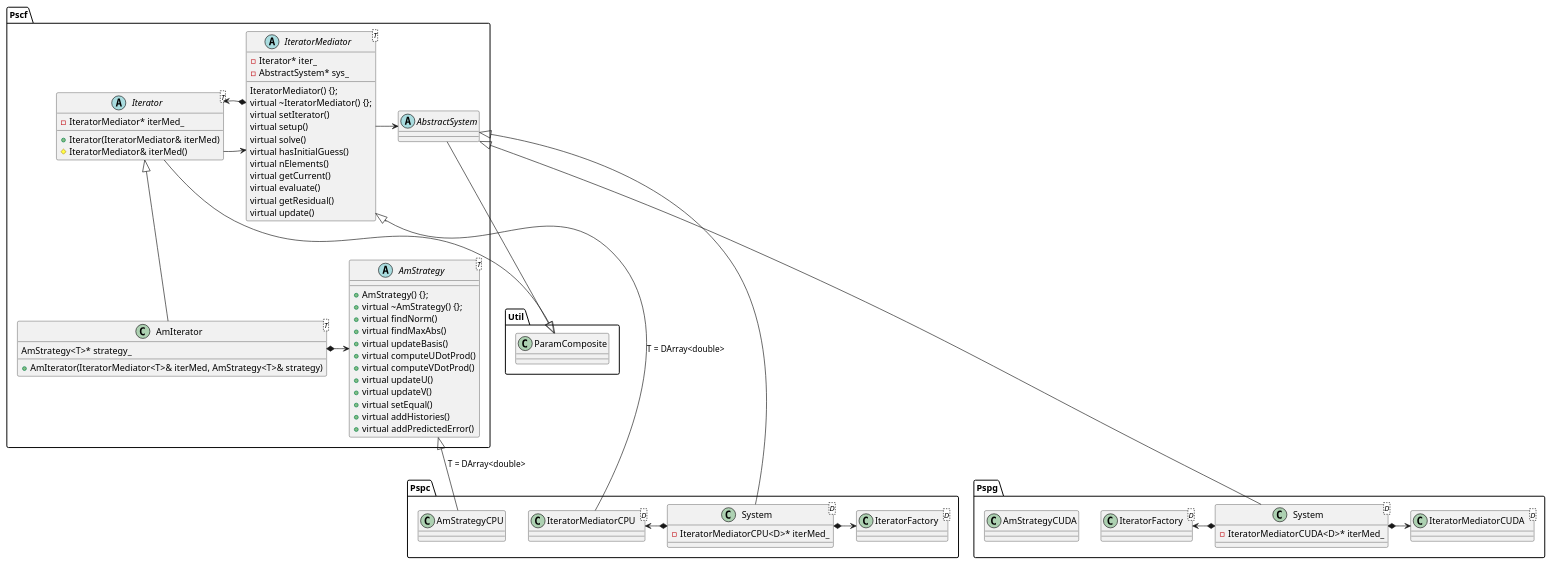
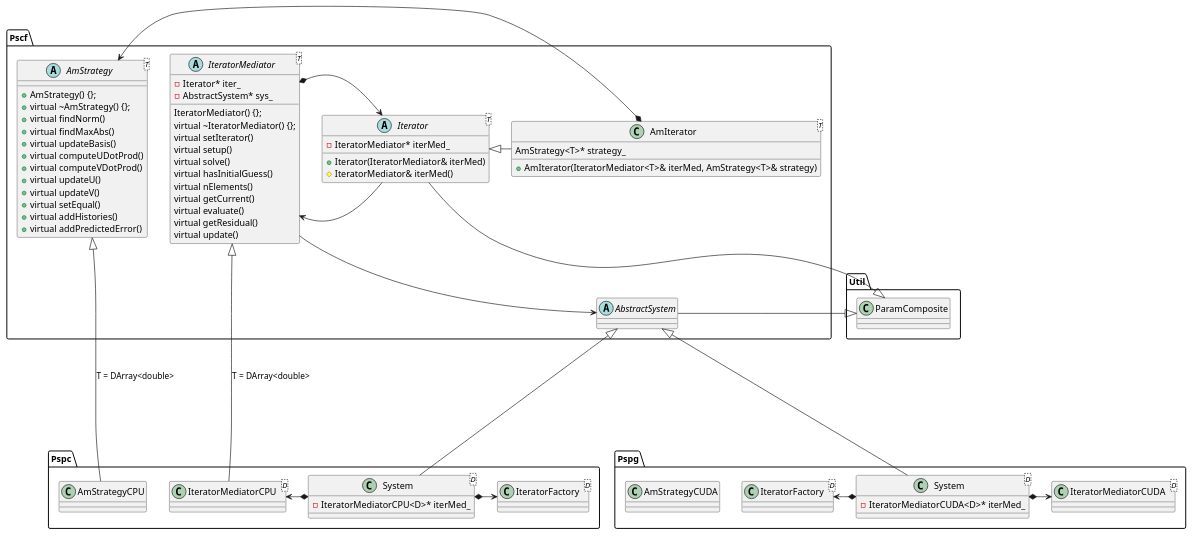
Before and after one commit to dmorse/pscfpp: the diagram in src/draft/diagrams/AmIterator_new.wsd, drawn with PlantUML.

Commit message:
Updating diagrams.

```diff
--- a/src/draft/diagrams/AmIterator_new.wsd
+++ b/src/draft/diagrams/AmIterator_new.wsd
@@ -1,91 +1,93 @@
 @startuml
 
 namespace Pscf {
    abstract class AbstractSystem
    abstract class Iterator<T>
    class AmIterator<T>
    abstract class IteratorMediator<T>
    abstract class AmStrategy<T>
 }
 
 namespace Pspc {
    class System<D>
    class IteratorFactory<D>
    class AmStrategyCPU
    class IteratorMediatorCPU<D>
 }
 
 namespace Pspg {
    class System<D>
    class IteratorFactory<D>
    class AmStrategyCUDA
    class IteratorMediatorCUDA<D>
 }
 
 Pscf.AmStrategy : + AmStrategy() {};
 Pscf.AmStrategy : + virtual ~AmStrategy() {};       
 Pscf.AmStrategy : + virtual findNorm()
 Pscf.AmStrategy : + virtual findMaxAbs()
 Pscf.AmStrategy : + virtual updateBasis()
 Pscf.AmStrategy : + virtual computeUDotProd()
 Pscf.AmStrategy : + virtual computeVDotProd()
 Pscf.AmStrategy : + virtual updateU()
 Pscf.AmStrategy : + virtual updateV()
 Pscf.AmStrategy : + virtual setEqual()
 Pscf.AmStrategy : + virtual addHistories()
 Pscf.AmStrategy : + virtual addPredictedError()
 
 Pscf.IteratorMediator : IteratorMediator() {};
 Pscf.IteratorMediator : virtual ~IteratorMediator() {}; 
 Pscf.IteratorMediator : virtual setIterator()
 Pscf.IteratorMediator : virtual setup()
 Pscf.IteratorMediator : virtual solve()
 Pscf.IteratorMediator : virtual hasInitialGuess() 
 Pscf.IteratorMediator : virtual nElements()
 Pscf.IteratorMediator : virtual getCurrent()
 Pscf.IteratorMediator : virtual evaluate()
 Pscf.IteratorMediator : virtual getResidual()
 Pscf.IteratorMediator : virtual update()
 
 Pscf.IteratorMediator : - Iterator* iter_
 Pscf.IteratorMediator : - AbstractSystem* sys_
 
 Pspc.System : - IteratorMediatorCPU<D>* iterMed_
 Pspg.System : - IteratorMediatorCUDA<D>* iterMed_
 
 
+
+
 Pscf.Iterator : + Iterator(IteratorMediator& iterMed)
 Pscf.Iterator : # IteratorMediator& iterMed()
 Pscf.Iterator : - IteratorMediator* iterMed_
 
 Pscf.AmIterator : + AmIterator(IteratorMediator<T>& iterMed, AmStrategy<T>& strategy)
 Pscf.AmIterator : AmStrategy<T>* strategy_
 
 
 
 ' Inheritance and subclassing 
 Util.ParamComposite <|-- Pscf.AbstractSystem
 Pscf.Iterator --|> Util.ParamComposite
-Pscf.AbstractSystem <|--- Pspc.System
-Pscf.AbstractSystem <|--- Pspg.System
-Pscf.Iterator <|-- Pscf.AmIterator
+Pscf.AbstractSystem <|---- Pspc.System
+Pscf.AbstractSystem <|---- Pspg.System
+Pscf.Iterator <|- Pscf.AmIterator
 Pscf.IteratorMediator <|-- Pspc.IteratorMediatorCPU : T = DArray<double>
 Pscf.AmStrategy <|-- Pspc.AmStrategyCPU : T = DArray<double>
 ' Pscf.IteratorMediator <|-- Pspg.IteratorMediatorCUDA : T = DField<cudaReal>
 ' Pscf.AmStrategy <|-- Pspg.AmStrategyCUDA : T = DField<cudaReal>
-' Pspg.IteratorMediatorCUDA ---|> Pscf.IteratorMediator: T = DField<cudaReal>
-' Pspg.AmStrategyCUDA ---|> Pscf.AmStrategy : T = DField<cudaReal>
 
 ' References
-Pscf.Iterator -> Pscf.IteratorMediator
-Pscf.IteratorMediator -> Pscf.AbstractSystem
+Pscf.Iterator --> Pscf.IteratorMediator
+Pscf.IteratorMediator --> Pscf.AbstractSystem
 
 ' Composition
 Pscf.IteratorMediator *-> Pscf.Iterator
 Pscf.AmIterator *-> Pscf.AmStrategy
 Pspc.System *-> Pspc.IteratorMediatorCPU
 Pspc.System *-> Pspc.IteratorFactory
 Pspg.System *-> Pspg.IteratorMediatorCUDA
 Pspg.IteratorFactory <-* Pspg.System 
 
+
+
 @enduml
```
